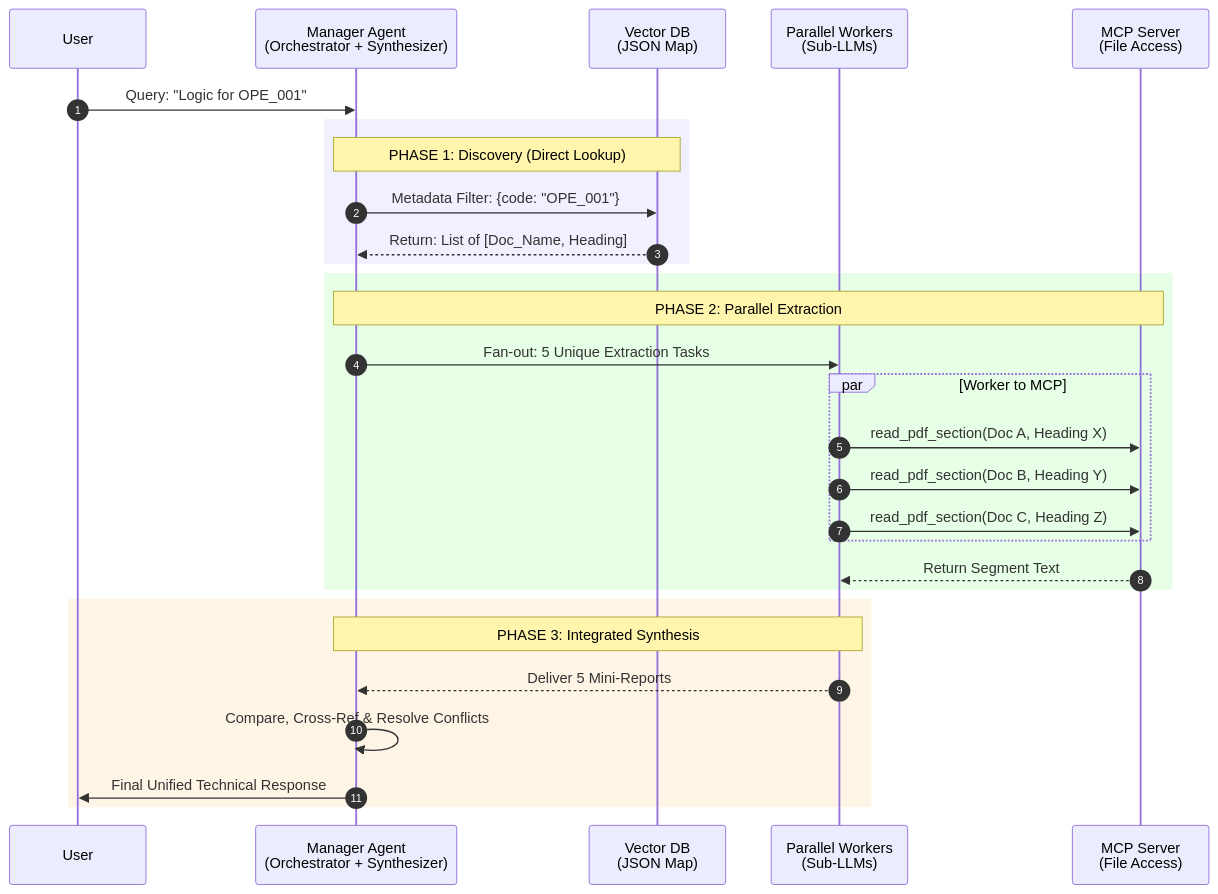
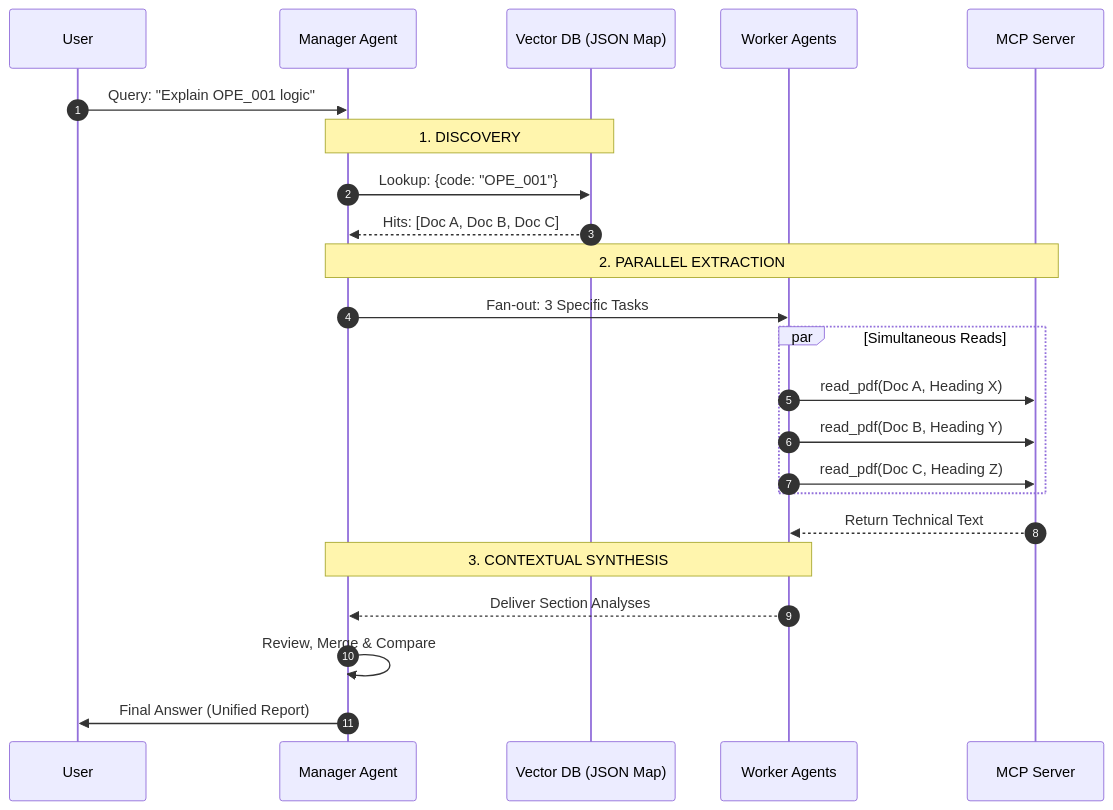
The diagram in test.mermaid (balasuryha/rlm_env), drawn with Mermaid before and after one commit.

Commit message:
updated mermaid

```diff
--- a/test.mermaid
+++ b/test.mermaid
@@ -1,33 +1,44 @@
+%%{init: { 
+  "theme": "base", 
+  "themeVariables": { 
+    "primaryColor": "#ffffff",
+    "primaryTextColor": "#000000",
+    "primaryBorderColor": "#000000",
+    "lineColor": "#000000",
+    "secondaryColor": "#ffffff",
+    "tertiaryColor": "#ffffff",
+    "textColor": "#000000",
+    "mainBkg": "#ffffff",
+    "nodeBorder": "#000000",
+    "clusterBkg": "#ffffff",
+    "clusterBorder": "#000000",
+    "fontSize": "16px"
+  } 
+}%%
 sequenceDiagram
     autonumber
     participant U as User
-    participant M as Manager Agent<br/>(Orchestrator + Synthesizer)
-    participant DB as Vector DB<br/>(JSON Map)
-    participant W as Parallel Workers<br/>(Sub-LLMs)
-    participant MCP as MCP Server<br/>(File Access)
+    participant M as Manager Agent
+    participant DB as Vector DB (JSON Map)
+    participant W as Worker Agents
+    participant MCP as MCP Server
 
-    U->>M: Query: "Logic for OPE_001"
+    U->>M: Query: "Explain OPE_001 logic"
     
-    rect rgb(240, 240, 255)
-    Note over M, DB: PHASE 1: Discovery (Direct Lookup)
-    M->>DB: Metadata Filter: {code: "OPE_001"}
-    DB-->>M: Return: List of [Doc_Name, Heading]
+    Note over M, DB: 1. DISCOVERY
+    M->>DB: Lookup: {code: "OPE_001"}
+    DB-->>M: Hits: [Doc A, Doc B, Doc C]
+
+    Note over M, MCP: 2. PARALLEL EXTRACTION
+    M->>W: Fan-out: 3 Specific Tasks
+    par Simultaneous Reads
+        W->>MCP: read_pdf(Doc A, Heading X)
+        W->>MCP: read_pdf(Doc B, Heading Y)
+        W->>MCP: read_pdf(Doc C, Heading Z)
     end
-
-    rect rgb(230, 255, 230)
-    Note over M, MCP: PHASE 2: Parallel Extraction
-    M->>W: Fan-out: 5 Unique Extraction Tasks
-    par Worker to MCP
-        W->>MCP: read_pdf_section(Doc A, Heading X)
-        W->>MCP: read_pdf_section(Doc B, Heading Y)
-        W->>MCP: read_pdf_section(Doc C, Heading Z)
-    end
-    MCP-->>W: Return Segment Text
-    end
-
-    rect rgb(255, 245, 230)
-    Note over M, W: PHASE 3: Integrated Synthesis
-    W-->>M: Deliver 5 Mini-Reports
-    M->>M: Compare, Cross-Ref & Resolve Conflicts
-    M->>U: Final Unified Technical Response
-    end
+    MCP-->>W: Return Technical Text
+    
+    Note over M, W: 3. CONTEXTUAL SYNTHESIS
+    W-->>M: Deliver Section Analyses
+    M->>M: Review, Merge & Compare
+    M->>U: Final Answer (Unified Report)
```
